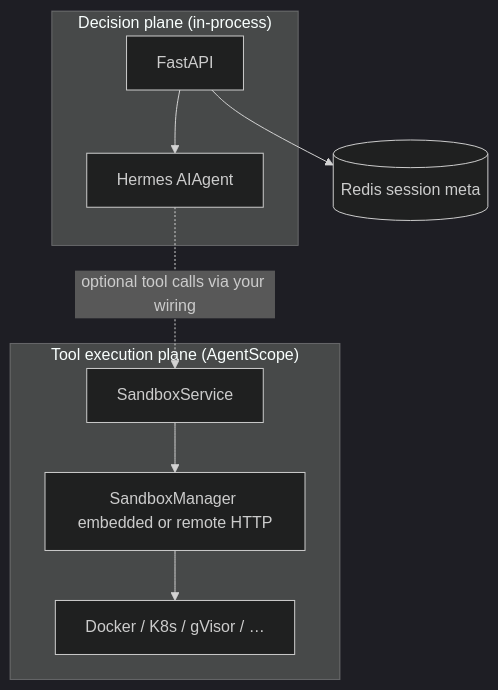
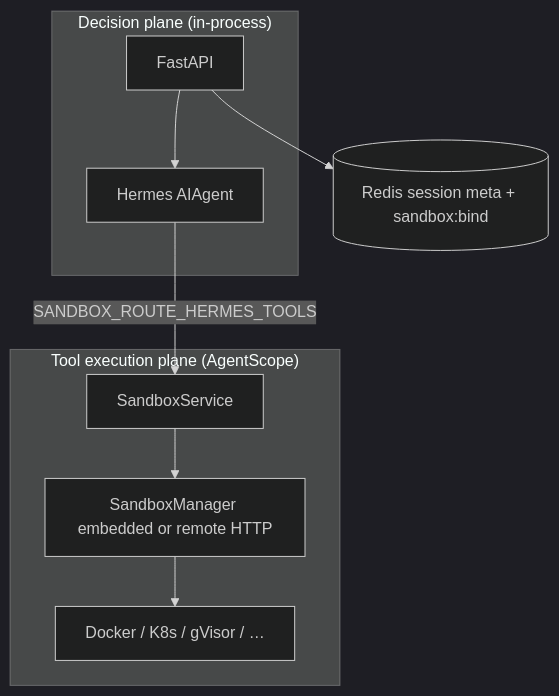
One commit to dwc1997/hermes-runtime changed the diagram in README.md. Above: the diagram before and after it, drawn with Mermaid (dark theme). The commit also changed other lines of this file and 14 other files, not shown here.

````diff
--- a/README.md
+++ b/README.md
@@ -7,17 +10,17 @@
 ```mermaid
 flowchart TB
   subgraph decision["Decision plane (in-process)"]
     API["FastAPI"]
     H["Hermes AIAgent"]
     API --> H
   end
   subgraph exec["Tool execution plane (AgentScope)"]
     SS["SandboxService"]
     SM["SandboxManager embedded or remote HTTP"]
     SS --> SM
     SM --> BE["Docker / K8s / gVisor / …"]
   end
-  Redis[(Redis session meta)]
+  Redis[(Redis session meta + sandbox:bind)]
   API --> Redis
-  H -. optional tool calls via your wiring .-> SS
+  H -->|SANDBOX_ROUTE_HERMES_TOOLS| SS
 ```
````
